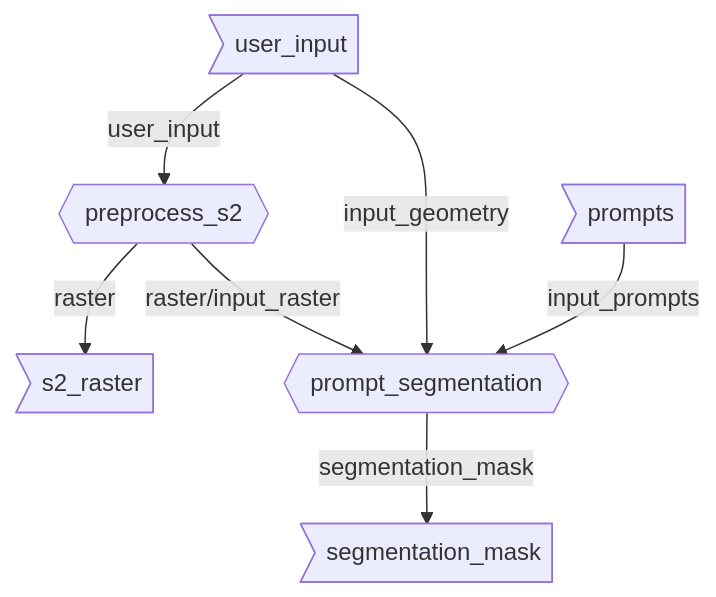
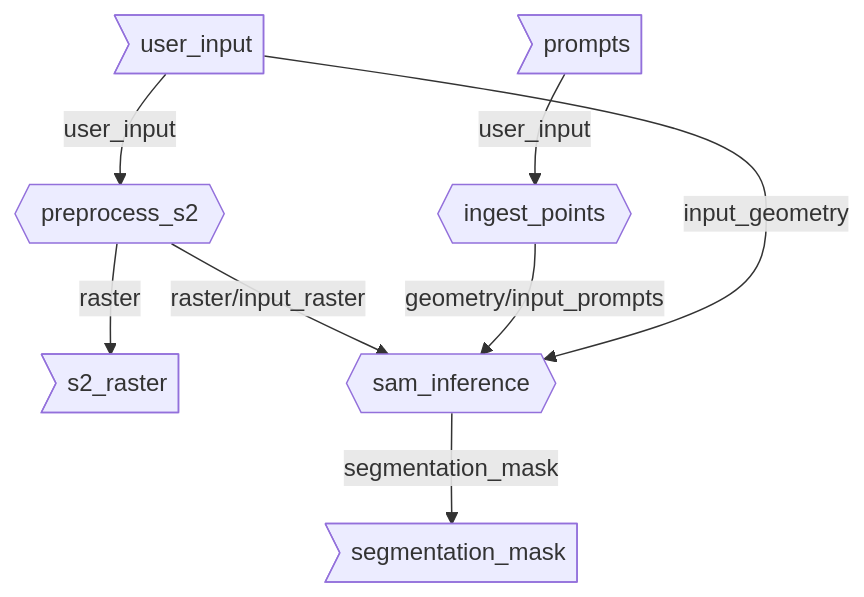
The diagram in docs/source/docfiles/markdown/workflow_yaml/farm_ai/segmentation/segment_s2.md (microsoft/farmvibes-ai), drawn with Mermaid before and after one commit. The commit also changed other lines of this file and 61 other files, not shown here.

````diff
--- a/docs/source/docfiles/markdown/workflow_yaml/farm_ai/segmentation/segment_s2.md
+++ b/docs/source/docfiles/markdown/workflow_yaml/farm_ai/segmentation/segment_s2.md
@@ -65,15 +65,17 @@
 ```{mermaid}
     graph TD
     inp1>user_input]
     inp2>prompts]
     out1>s2_raster]
     out2>segmentation_mask]
     tsk1{{preprocess_s2}}
-    tsk2{{prompt_segmentation}}
-    tsk1{{preprocess_s2}} -- raster/input_raster --> tsk2{{prompt_segmentation}}
+    tsk2{{ingest_points}}
+    tsk3{{sam_inference}}
+    tsk1{{preprocess_s2}} -- raster/input_raster --> tsk3{{sam_inference}}
+    tsk2{{ingest_points}} -- geometry/input_prompts --> tsk3{{sam_inference}}
     inp1>user_input] -- user_input --> tsk1{{preprocess_s2}}
-    inp1>user_input] -- input_geometry --> tsk2{{prompt_segmentation}}
-    inp2>prompts] -- input_prompts --> tsk2{{prompt_segmentation}}
+    inp1>user_input] -- input_geometry --> tsk3{{sam_inference}}
+    inp2>prompts] -- user_input --> tsk2{{ingest_points}}
     tsk1{{preprocess_s2}} -- raster --> out1>s2_raster]
-    tsk2{{prompt_segmentation}} -- segmentation_mask --> out2>segmentation_mask]
+    tsk3{{sam_inference}} -- segmentation_mask --> out2>segmentation_mask]
 ```
````
